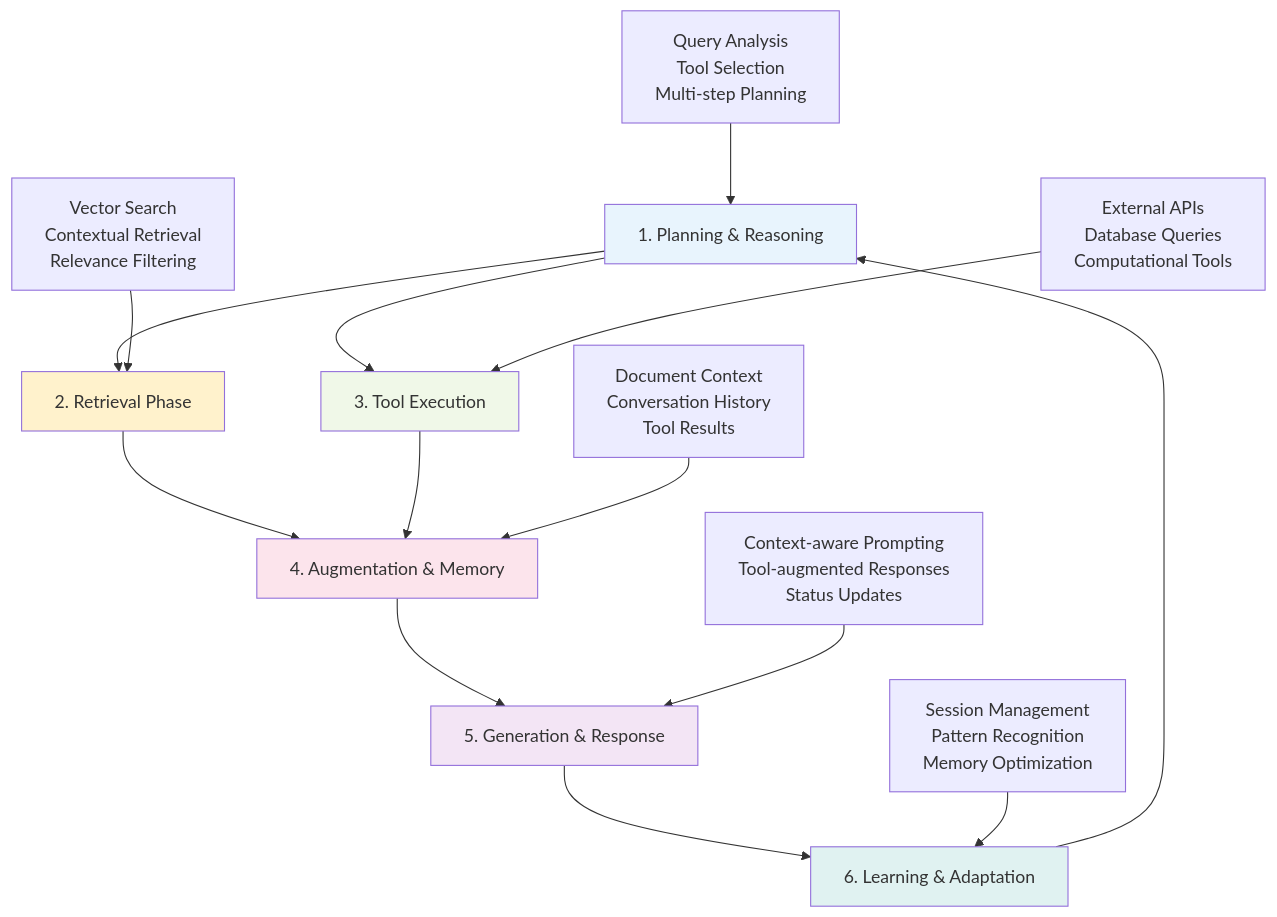
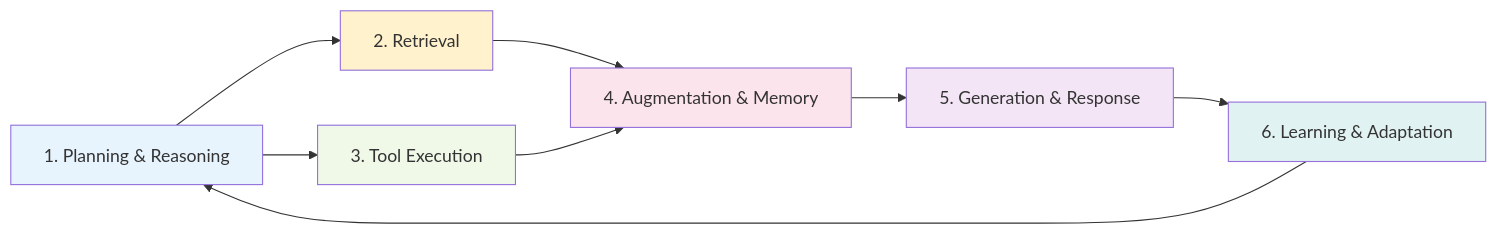
Before and after one commit to rlynjb/adventurecue: the first of 2 diagrams in docs/rag-architecture.md, drawn with Mermaid. The commit also changed other lines of this file, not shown here.

````diff
--- a/docs/rag-architecture.md
+++ b/docs/rag-architecture.md
@@ -11,24 +11,17 @@
 ```mermaid
-graph TD
-    A[1. Planning & Reasoning] --> B[2. Retrieval Phase]
+graph LR
+    A[1. Planning & Reasoning] --> B[2. Retrieval]
     A --> C[3. Tool Execution]
     B --> D[4. Augmentation & Memory]
     C --> D
     D --> E[5. Generation & Response]
     E --> F[6. Learning & Adaptation]
     F --> A
-
-    A1[Query Analysis<br/>Tool Selection<br/>Multi-step Planning] --> A
-    B1[Vector Search<br/>Contextual Retrieval<br/>Relevance Filtering] --> B
-    C1[External APIs<br/>Database Queries<br/>Computational Tools] --> C
-    D1[Document Context<br/>Conversation History<br/>Tool Results] --> D
-    E1[Context-aware Prompting<br/>Tool-augmented Responses<br/>Status Updates] --> E
-    F1[Session Management<br/>Pattern Recognition<br/>Memory Optimization] --> F
 
     style A fill:#e8f4fd
     style B fill:#fff2cc
     style C fill:#f0f8e8
     style D fill:#fce4ec
     style E fill:#f3e5f5
     style F fill:#e0f2f1
 ```
````
